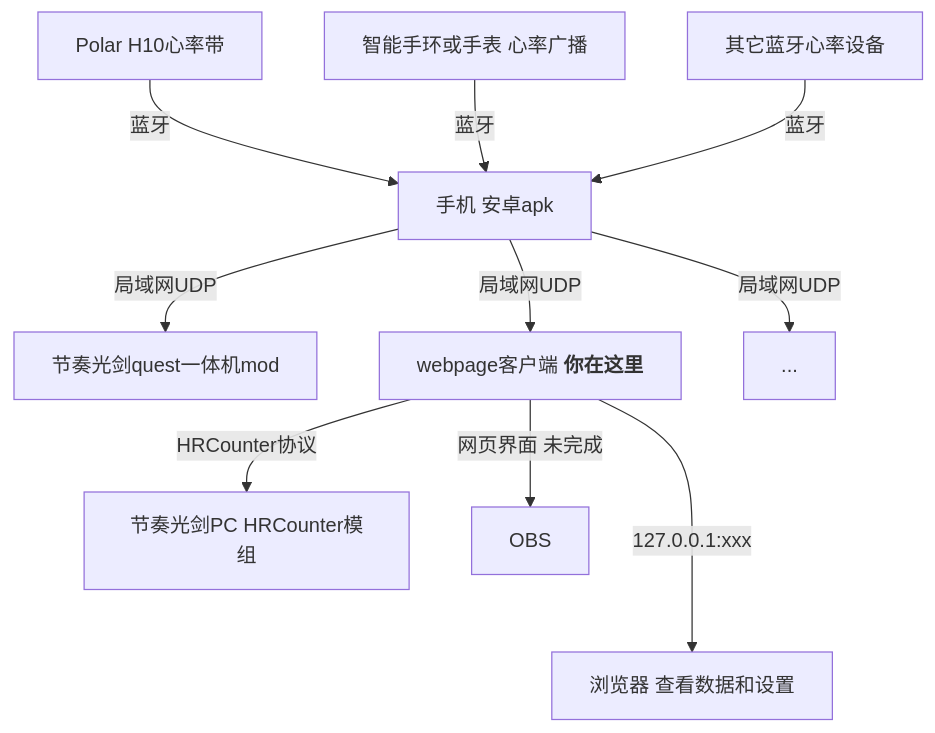
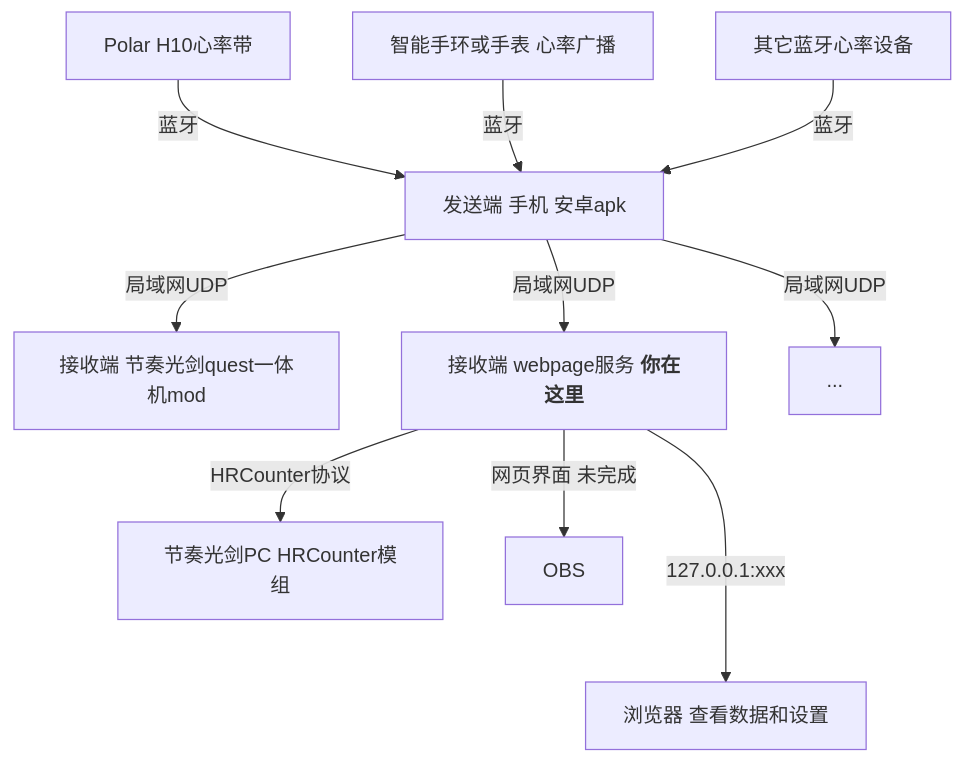
One commit to frto027/HeartbeatLanClient changed the diagram in README.cn.md. Above: the diagram before and after it, drawn with Mermaid. The commit also changed other lines of this file and 4 other files, not shown here.

````diff
--- a/README.cn.md
+++ b/README.cn.md
@@ -27,23 +27,23 @@
 ```mermaid
 graph TD;
     POLAR_H10[Polar H10心率带]
     SMART_WATCH[智能手环或手表 心率广播]
     BLE_DEV[其它蓝牙心率设备]
-    PHONE[手机 安卓apk]
-    BEATSABER[节奏光剑quest一体机mod]
-    PCAPP[webpage客户端 <b>你在这里</b>]
+    PHONE[发送端 手机 安卓apk]
+    BEATSABER[接收端 节奏光剑quest一体机mod]
+    PCAPP[接收端 webpage服务 <b>你在这里</b>]
     BEATSABER_PC[节奏光剑PC HRCounter模组]
     BROWSER[浏览器 查看数据和设置]
 
     POLAR_H10--蓝牙-->PHONE;
     SMART_WATCH--蓝牙-->PHONE;
     BLE_DEV--蓝牙-->PHONE;
     PHONE--局域网UDP-->BEATSABER;
     PHONE--局域网UDP-->PCAPP;
     PHONE--局域网UDP-->...;
 
     PCAPP--127.0.0.1:xxxx-->BROWSER;
     PCAPP--HRCounter协议-->BEATSABER_PC;
     PCAPP--网页界面 未完成-->OBS
 
 ```
````
